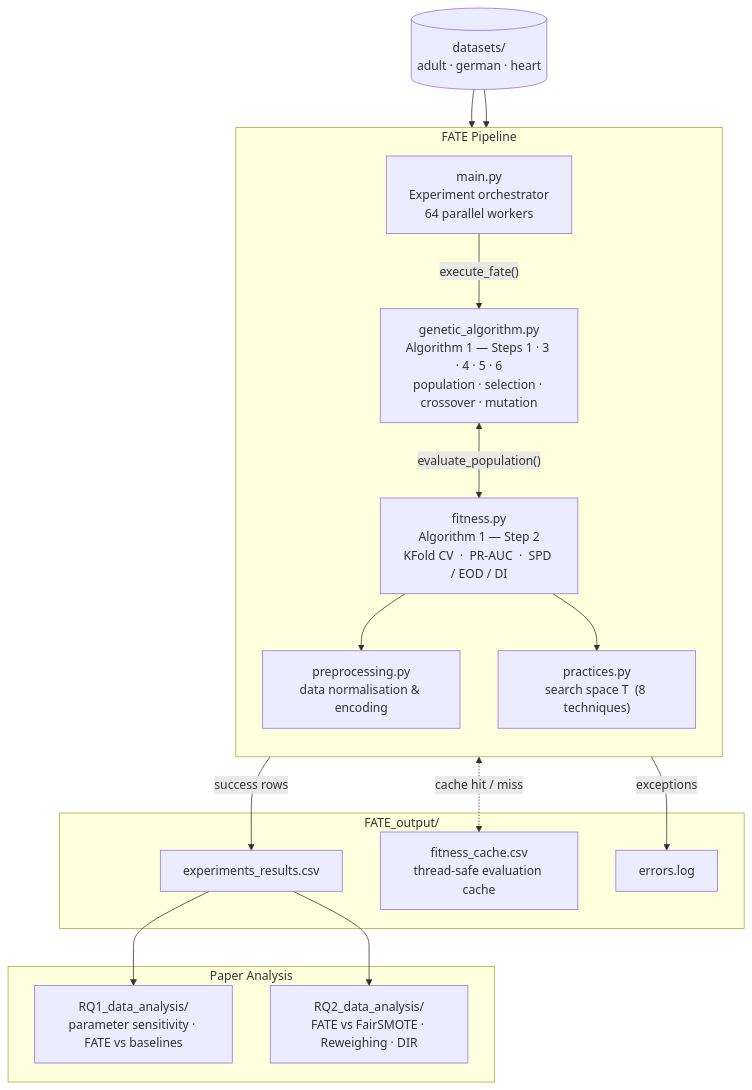
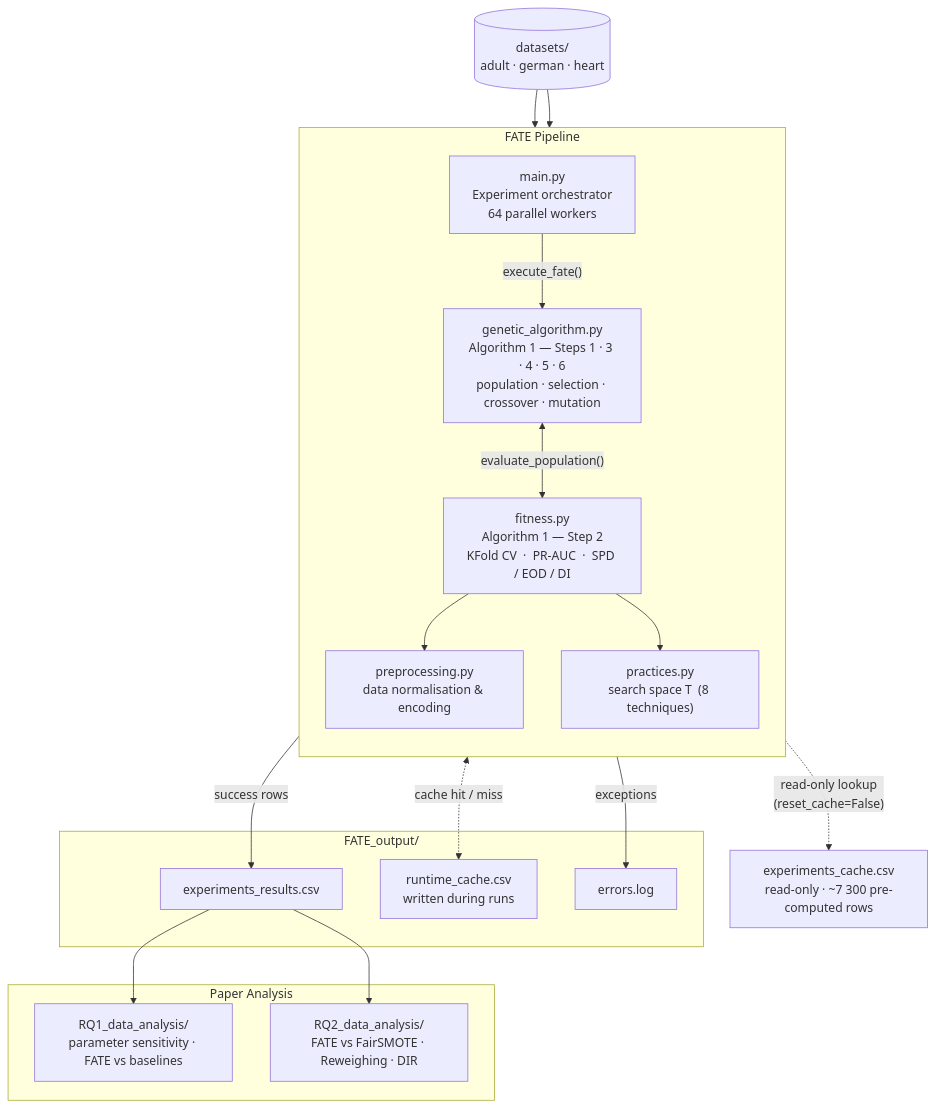
Before and after one commit to gianwario/FATE: the diagram in README.md, drawn with Mermaid. The commit also changed other lines of this file and 8 other files, not shown here.

````diff
--- a/README.md
+++ b/README.md
@@ -267,36 +275,39 @@
 ```mermaid
 flowchart TD
     DS[(datasets/\nadult · german · heart)]
 
     subgraph fate["FATE Pipeline"]
         direction TB
         MAIN["main.py\nExperiment orchestrator\n64 parallel workers"]
         GA["genetic_algorithm.py\nAlgorithm 1 — Steps 1 · 3 · 4 · 5 · 6\npopulation · selection · crossover · mutation"]
         FIT["fitness.py\nAlgorithm 1 — Step 2\nKFold CV  ·  PR-AUC  ·  SPD / EOD / DI"]
         PREP["preprocessing.py\ndata normalisation & encoding"]
         PRAC["practices.py\nsearch space T  (8 techniques)"]
     end
 
     subgraph out["FATE_output/"]
         CSV["experiments_results.csv"]
-        CACHE["fitness_cache.csv\nthread-safe evaluation cache"]
+        RCACHE["runtime_cache.csv\nwritten during runs"]
         LOG["errors.log"]
     end
+
+    ROOT["experiments_cache.csv\nread-only · ~7 300 pre-computed rows"]
 
     subgraph analysis["Paper Analysis"]
         RQ1["RQ1_data_analysis/\nparameter sensitivity · FATE vs baselines"]
         RQ2["RQ2_data_analysis/\nFATE vs FairSMOTE · Reweighing · DIR"]
     end
 
     DS      --> MAIN
     DS      --> FIT
     MAIN    -->|"execute_fate()"| GA
     GA     <-->|"evaluate_population()"| FIT
     FIT     --> PREP
     FIT     --> PRAC
-    FIT    <-.->|"cache hit / miss"| CACHE
+    FIT    <-.->|"cache hit / miss"| RCACHE
+    FIT    -.->|"read-only lookup\n(reset_cache=False)"| ROOT
     MAIN    -->|"success rows"| CSV
     MAIN    -->|"exceptions"| LOG
     CSV     --> RQ1
     CSV     --> RQ2
 ```
````
